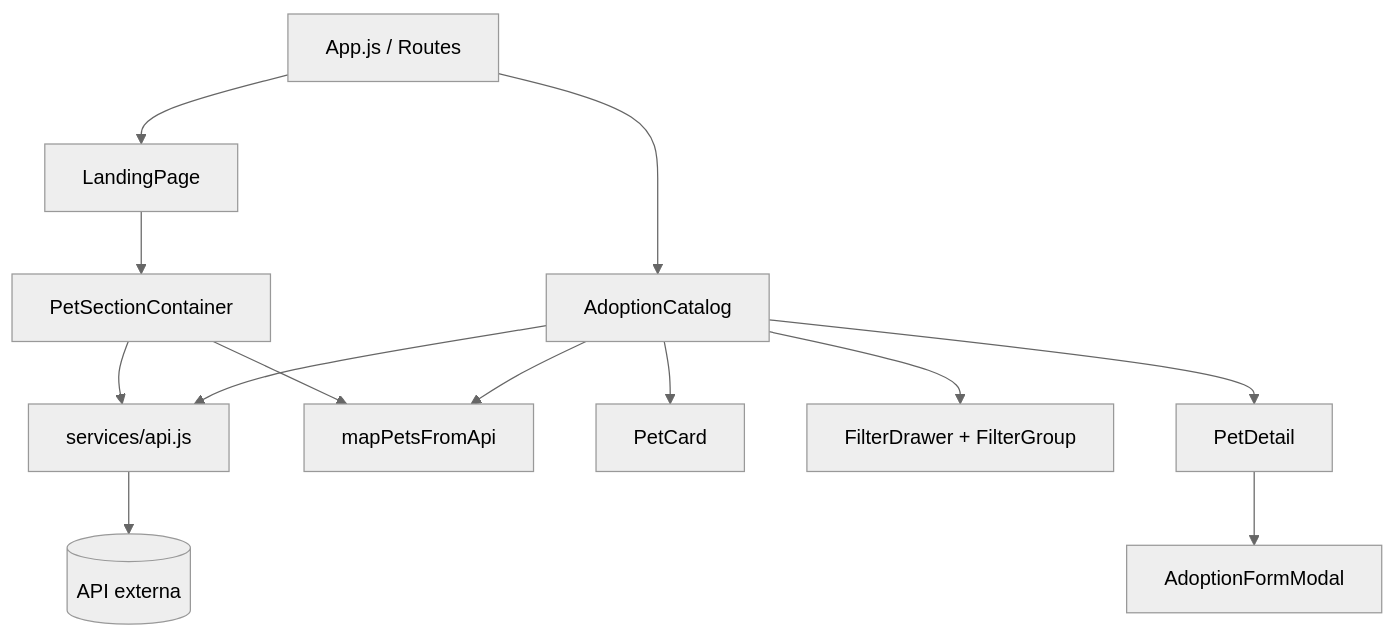
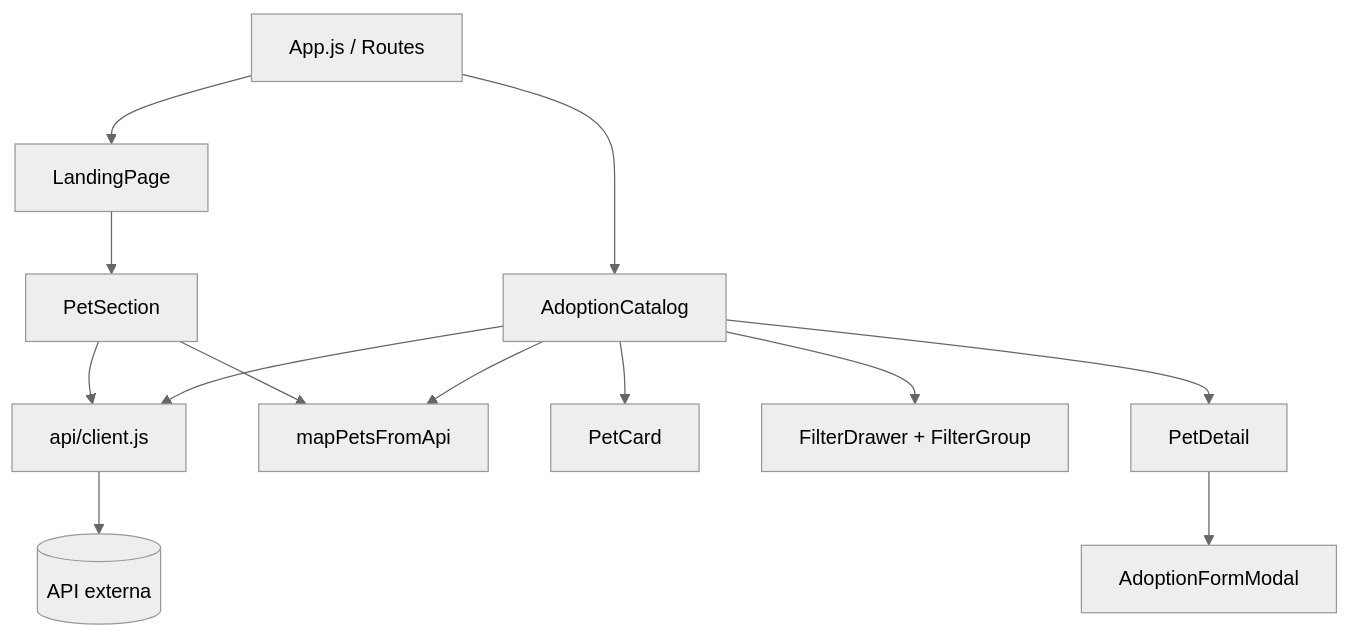
One commit to GabrielFagundes18/Patas-em-Casa changed the sixth of 7 diagrams in README.md. Above: the diagram before and after it, drawn with Mermaid (neutral theme). The commit also changed other lines of this file and 3 other files, not shown here.

````diff
--- a/README.md
+++ b/README.md
@@ -359,27 +362,27 @@
 ```mermaid
 flowchart TB
     App[App.js / Routes]
     Home[LandingPage]
     Catalog[AdoptionCatalog]
-    API[services/api.js]
+    API[api/client.js]
     External[(API externa)]
     Mapper[mapPetsFromApi]
-    HomePets[PetSectionContainer]
+    HomePets[PetSection]
     Card[PetCard]
     Filters[FilterDrawer + FilterGroup]
     Detail[PetDetail]
     Form[AdoptionFormModal]
 
     App --> Home
     App --> Catalog
     Home --> HomePets
     HomePets --> API
     Catalog --> API
     API --> External
     HomePets --> Mapper
     Catalog --> Mapper
     Catalog --> Card
     Catalog --> Filters
     Catalog --> Detail
     Detail --> Form
 ```
````
